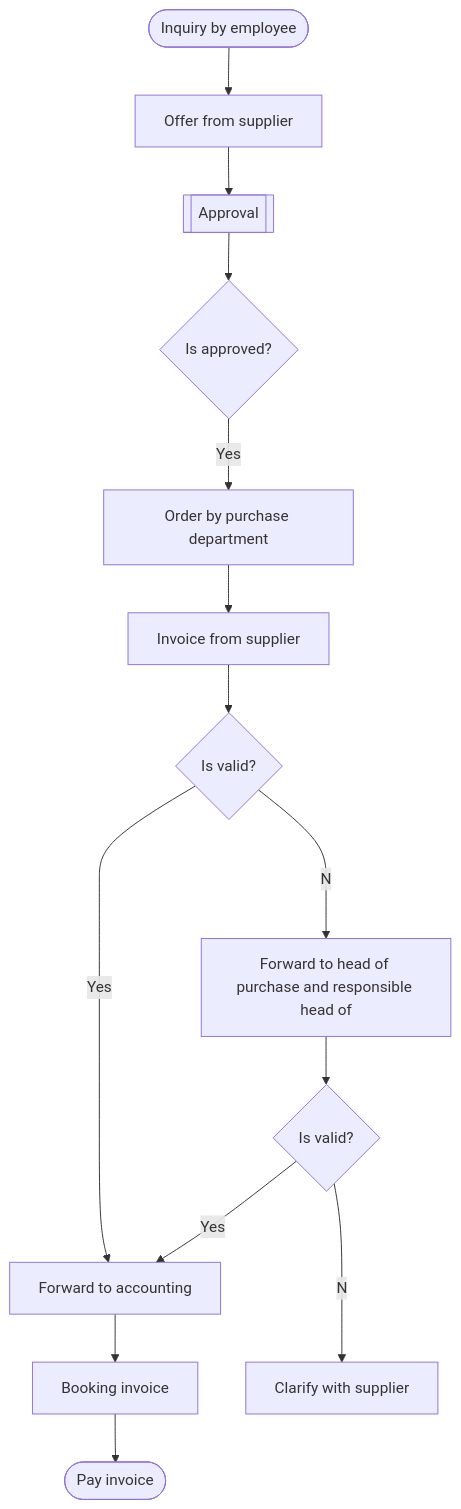
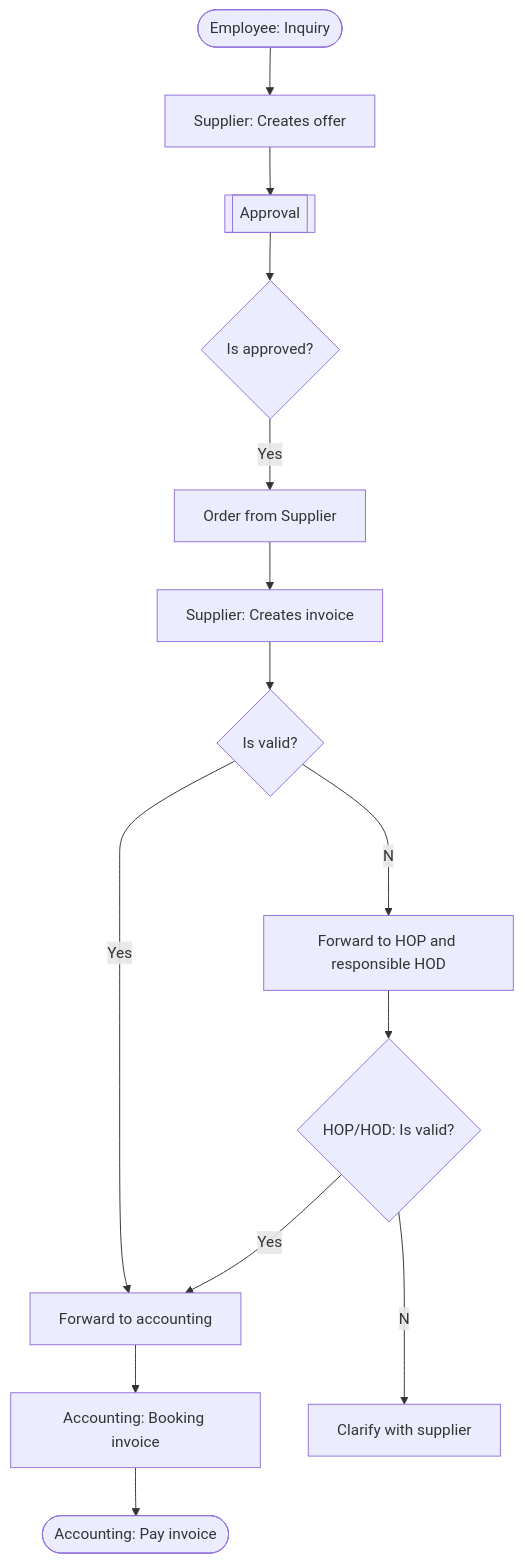
One commit to Karaka-Management/Organization-Guide changed the first of 2 diagrams in Processes/02_Purchase_Flowchart.md. Above: the diagram before and after it, drawn with Mermaid. The commit also changed 17 other files, not shown here.

````diff
--- a/Processes/02_Purchase_Flowchart.md
+++ b/Processes/02_Purchase_Flowchart.md
@@ -3,16 +3,16 @@
 ```mermaid
 graph TD;
-    INQUIRY([Inquiry by employee])-->OFFER[Offer from supplier];
+    INQUIRY([Employee: Inquiry])-->OFFER[Supplier: Creates offer];
     OFFER-->APPROVAL[[Approval]];
     APPROVAL-->APPROVED{Is approved?};
-    APPROVED-- Yes -->ORDER[Order by purchase department];
-    ORDER-->INVOICE[Invoice from supplier];
+    APPROVED-- Yes -->ORDER[Order from Supplier];
+    ORDER-->INVOICE[Supplier: Creates invoice];
     INVOICE-->CHECK_INVOICE{Is valid?};
     CHECK_INVOICE--Yes-->FORWARD_TO_ACCOUNTING[Forward to accounting];
-    CHECK_INVOICE--No-->FORWARD_TO_RESPONSIBLE[Forward to head of purchase and responsible head of];
-    FORWARD_TO_RESPONSIBLE-->CHECK_INVOICE_2{Is valid?};
+    CHECK_INVOICE--No-->FORWARD_TO_RESPONSIBLE[Forward to HOP and responsible HOD];
+    FORWARD_TO_RESPONSIBLE-->CHECK_INVOICE_2{HOP/HOD: Is valid?};
     CHECK_INVOICE_2--Yes-->FORWARD_TO_ACCOUNTING;
     CHECK_INVOICE_2--No-->CLARIFY[Clarify with supplier];
-    FORWARD_TO_ACCOUNTING-->BOOKING[Booking invoice];
-    BOOKING-->PAYING([Pay invoice]);
+    FORWARD_TO_ACCOUNTING-->BOOKING[Accounting: Booking invoice];
+    BOOKING-->PAYING([Accounting: Pay invoice]);
 ```
````
